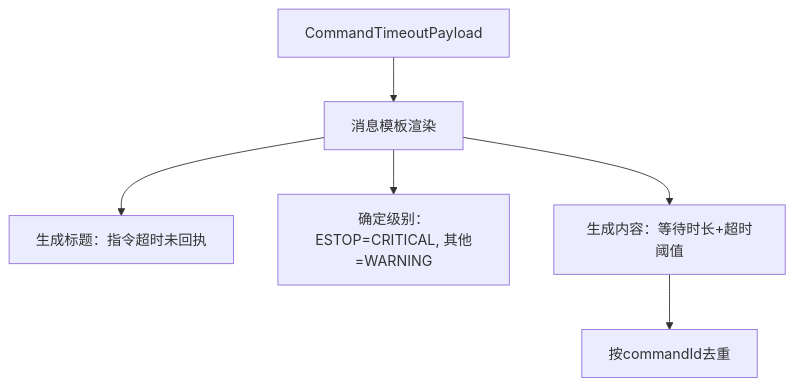
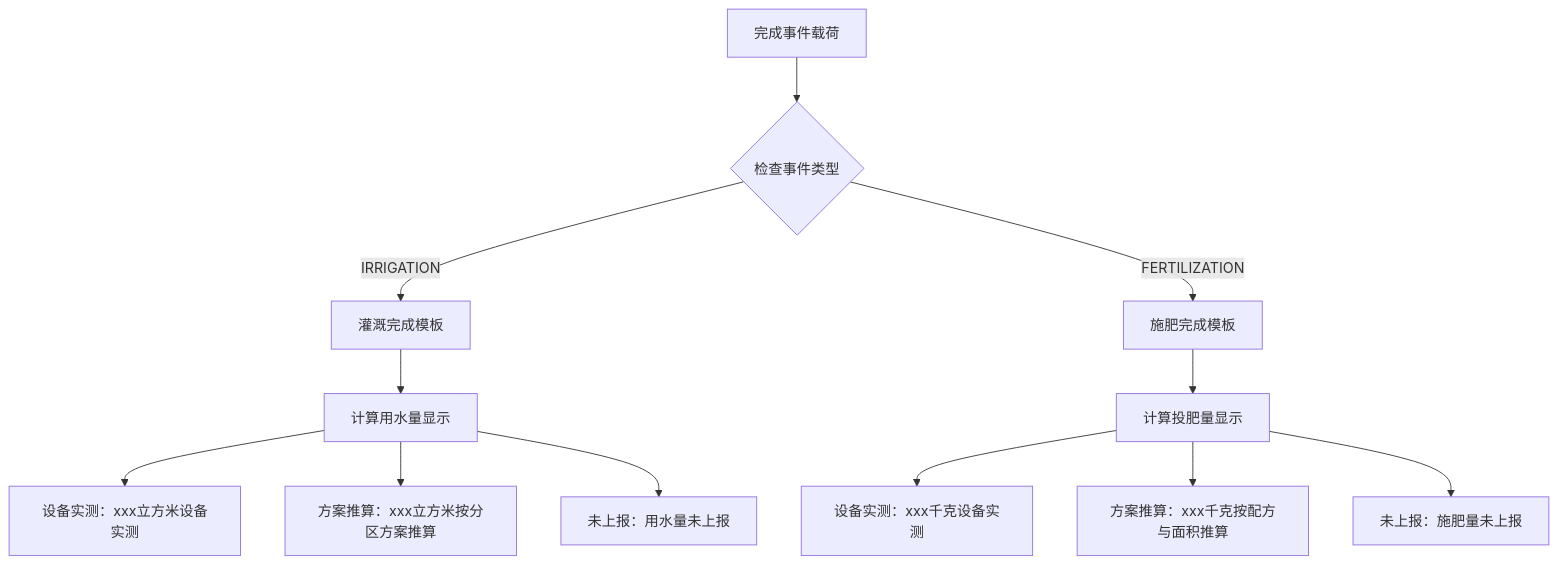
Before and after one commit to q446328246/agri-platform: diagram 20 of 34 in .qoder/repowiki/zh/content/核心服务文档/其他业务服务.md, drawn with Mermaid. The commit also changed other lines of this file and 35 other files, not shown here.

````diff
--- a/.qoder/repowiki/zh/content/核心服务文档/其他业务服务.md
+++ b/.qoder/repowiki/zh/content/核心服务文档/其他业务服务.md
@@ -496,8 +600,14 @@
 ```mermaid
 flowchart TD
-PAYLOAD["CommandTimeoutPayload"] --> RENDER["消息模板渲染"]
-RENDER --> TITLE["生成标题：指令超时未回执"]
-RENDER --> LEVEL["确定级别：ESTOP=CRITICAL, 其他=WARNING"]
-RENDER --> CONTENT["生成内容：等待时长+超时阈值"]
-CONTENT --> DEDUPE["按commandId去重"]
+PAYLOAD["完成事件载荷"] --> TYPE_CHECK{"检查事件类型"}
+TYPE_CHECK --> |IRRIGATION| IRR_TEMPLATE["灌溉完成模板"]
+TYPE_CHECK --> |FERTILIZATION| FERT_TEMPLATE["施肥完成模板"]
+IRR_TEMPLATE --> WATER["计算用水量显示"]
+WATER --> DEVICE["设备实测：xxx立方米设备实测"]
+WATER --> PLAN["方案推算：xxx立方米按分区方案推算"]
+WATER --> NONE["未上报：用水量未上报"]
+FERT_TEMPLATE --> AMOUNT["计算投肥量显示"]
+AMOUNT --> DEVICE_AMT["设备实测：xxx千克设备实测"]
+AMOUNT --> PLAN_AMT["方案推算：xxx千克按配方与面积推算"]
+AMOUNT --> NONE_AMT["未上报：施肥量未上报"]
 ```
````
